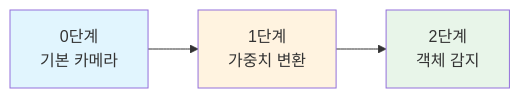
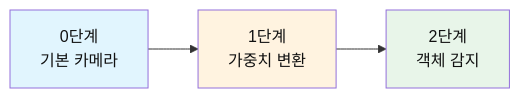
Before and after one commit to Collegenie-X/Raspbot-v2-self-driving-car: the first of 15 diagrams in 04_cascade/3_1_CASCADE_0_1_2_version_guide.md, drawn with Mermaid. The commit also changed other lines of this file and 175 other files, not shown here.

````diff
--- a/04_cascade/3_1_CASCADE_0_1_2_version_guide.md
+++ b/04_cascade/3_1_CASCADE_0_1_2_version_guide.md
@@ -31,9 +31,9 @@
 ```mermaid
 flowchart LR
     A[0단계<br/>기본 카메라] --> B[1단계<br/>가중치 변환]
     B --> C[2단계<br/>객체 감지]
     
-    style A fill:#e1f5fe
-    style B fill:#fff3e0
-    style C fill:#e8f5e9
+    style A fill:#e1f5fe,color:#111
+    style B fill:#fff3e0,color:#111
+    style C fill:#e8f5e9,color:#111
 ```
````
